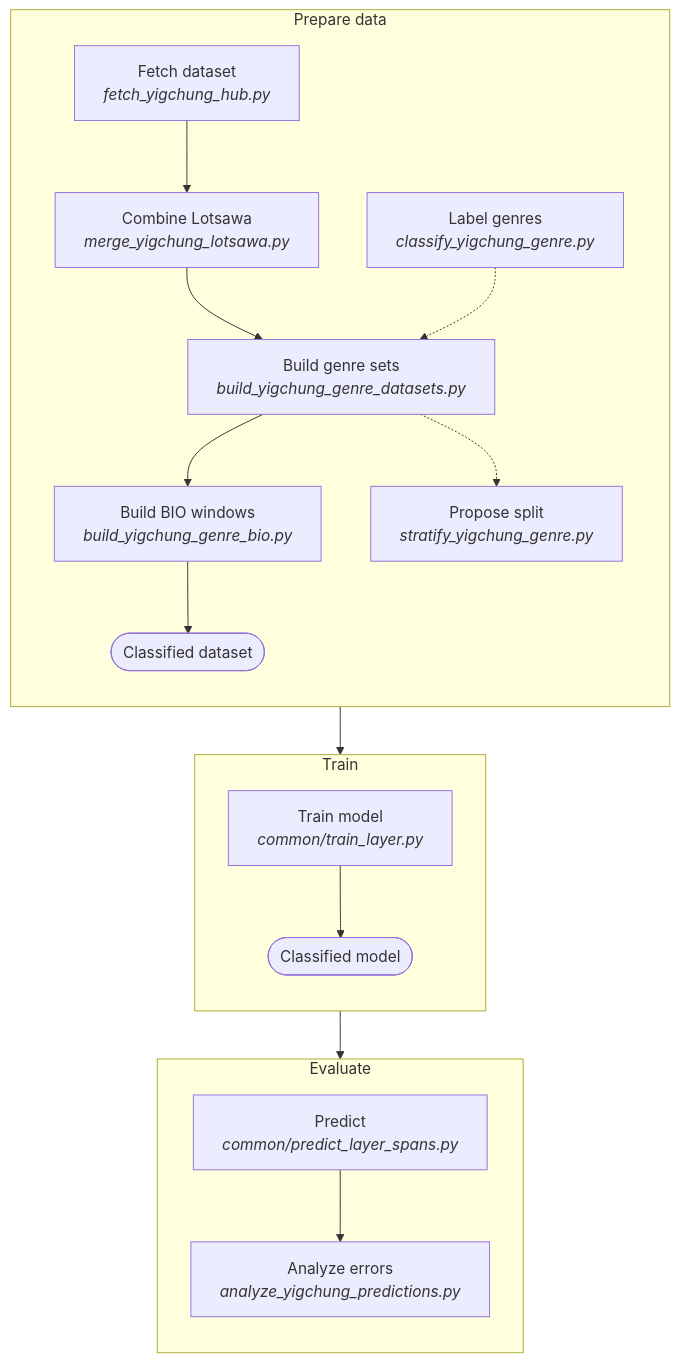
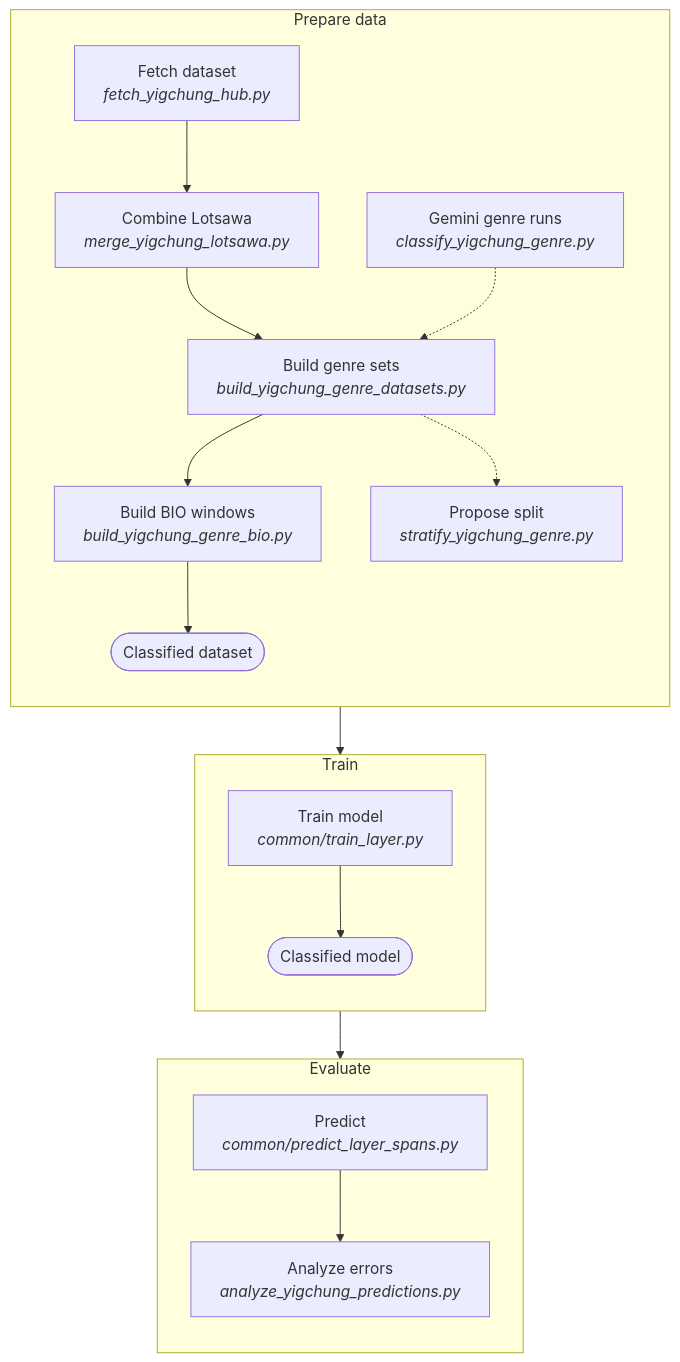
One commit to tenzinyonten/tibetan-layer-detection changed the diagram in yigchung/docs/pipeline_2.mmd. Above: the diagram before and after it, drawn with Mermaid. The commit also changed 5 other files, not shown here.

Commit message:
Tsawa chart: optional zero-shot LLM box; Yigchung chart: show the Gemini genre runs

```diff
--- a/yigchung/docs/pipeline_2.mmd
+++ b/yigchung/docs/pipeline_2.mmd
@@ -1,21 +1,21 @@
 %%{init: {"flowchart": {"htmlLabels": false}}}%%
 flowchart TD
   subgraph PREP["Prepare data"]
     direction TB
     S1["Fetch dataset<br/><i>fetch_yigchung_hub.py</i>"] --> S2["Combine Lotsawa<br/><i>merge_yigchung_lotsawa.py</i>"]
     S2 --> S3["Build genre sets<br/><i>build_yigchung_genre_datasets.py</i>"]
     S3 --> S4["Build BIO windows<br/><i>build_yigchung_genre_bio.py</i>"]
     S4 --> F1(["Classified dataset"])
-    S0["Label genres<br/><i>classify_yigchung_genre.py</i>"] -.-> S3
+    S0["Gemini genre runs<br/><i>classify_yigchung_genre.py</i>"] -.-> S3
     S3 -.-> S5["Propose split<br/><i>stratify_yigchung_genre.py</i>"]
   end
   subgraph TRAIN["Train"]
     direction TB
     T1["Train model<br/><i>common/train_layer.py</i>"] --> F2(["Classified model"])
   end
   subgraph EVAL["Evaluate"]
     direction TB
     E1["Predict<br/><i>common/predict_layer_spans.py</i>"] --> E2["Analyze errors<br/><i>analyze_yigchung_predictions.py</i>"]
   end
   PREP --> TRAIN
   TRAIN --> EVAL
```
